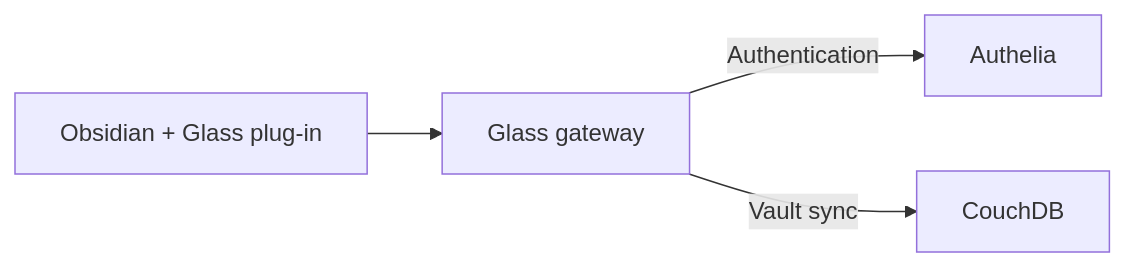
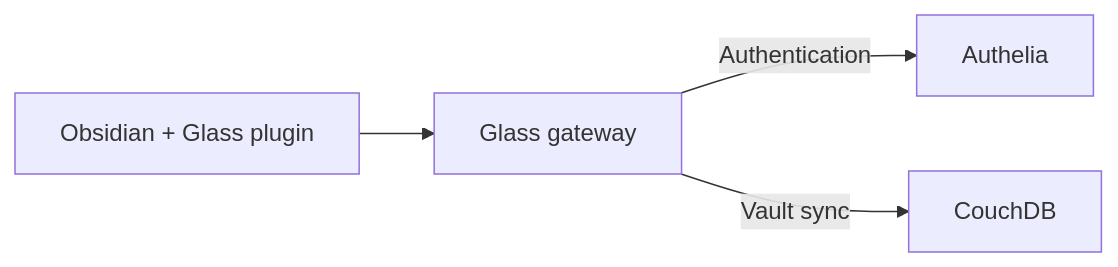
Before and after one commit to sigilmakes/Glass: the diagram in README.md, drawn with Mermaid. The commit also changed other lines of this file and 10 other files, not shown here.

Commit message:
docs: use plugin spelling throughout Glass

````diff
--- a/README.md
+++ b/README.md
@@ -9,6 +9,6 @@
 ```mermaid
 flowchart LR
-    O["Obsidian + Glass plug-in"] --> G["Glass gateway"]
+    O["Obsidian + Glass plugin"] --> G["Glass gateway"]
     G -->|Authentication| A["Authelia"]
     G -->|Vault sync| C["CouchDB"]
 ```
````
